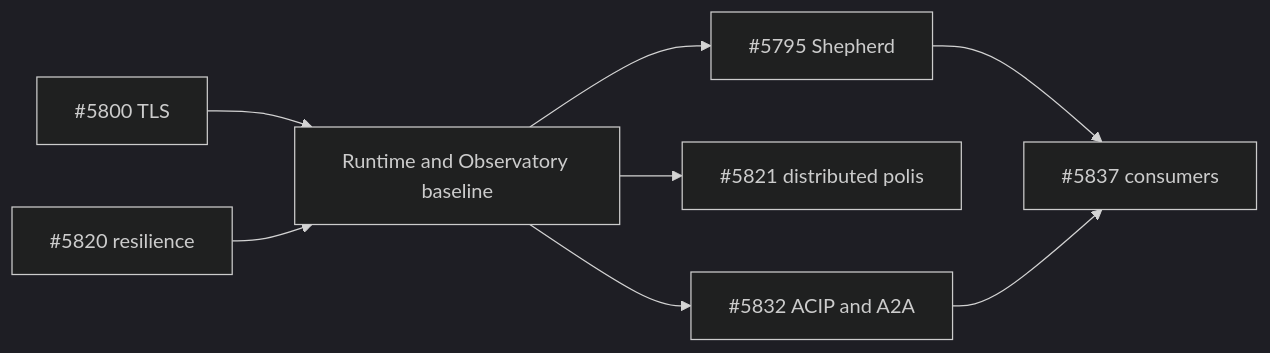
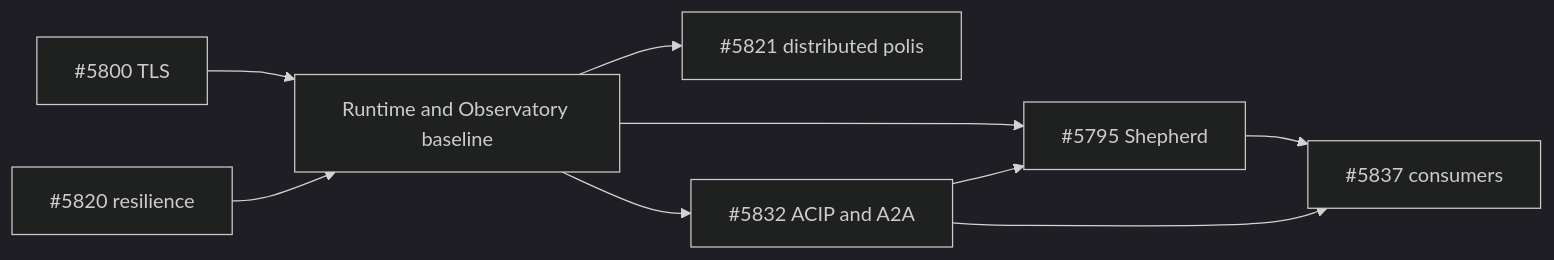
Before and after one commit to danielbaustin/agent-design-language: the diagram in .csdlc/prepared/issues/5855/diagram.mmd, drawn with Mermaid (dark theme). The commit also changed 122 other files, not shown here.

```diff
--- a/.csdlc/prepared/issues/5855/diagram.mmd
+++ b/.csdlc/prepared/issues/5855/diagram.mmd
@@ -1,8 +1,9 @@
 flowchart LR
   A["#5800 TLS"] --> C["Runtime and Observatory baseline"]
   B["#5820 resilience"] --> C
   C --> D["#5795 Shepherd"]
   C --> E["#5821 distributed polis"]
   C --> F["#5832 ACIP and A2A"]
+  F --> D
   D --> G["#5837 consumers"]
   F --> G
```
